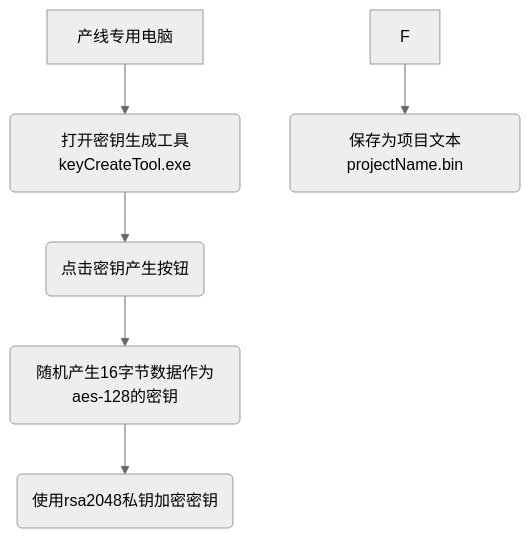
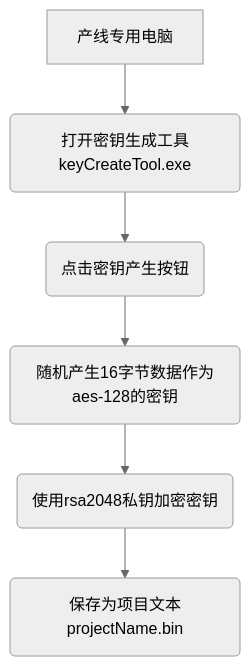
Before and after one commit to facebook-cloud/iodraw-files: the diagram in all/未命名-3.md, drawn with Mermaid (neutral theme).

Commit message:
2026-01-05 14:31:23 update

````diff
--- a/all/未命名-3.md
+++ b/all/未命名-3.md
@@ -1,10 +1,9 @@
 ```mermaid
 graph TD
     A[产线专用电脑] --> B(打开密钥生成工具keyCreateTool.exe)
     B --> C(点击密钥产生按钮)
     C --> D(随机产生16字节数据作为aes-128的密钥)
-
     D --> E(使用rsa2048私钥加密密钥)
-    F --> G(保存为项目文本projectName.bin)
+    E --> F(保存为项目文本projectName.bin)
 
 ```
````
